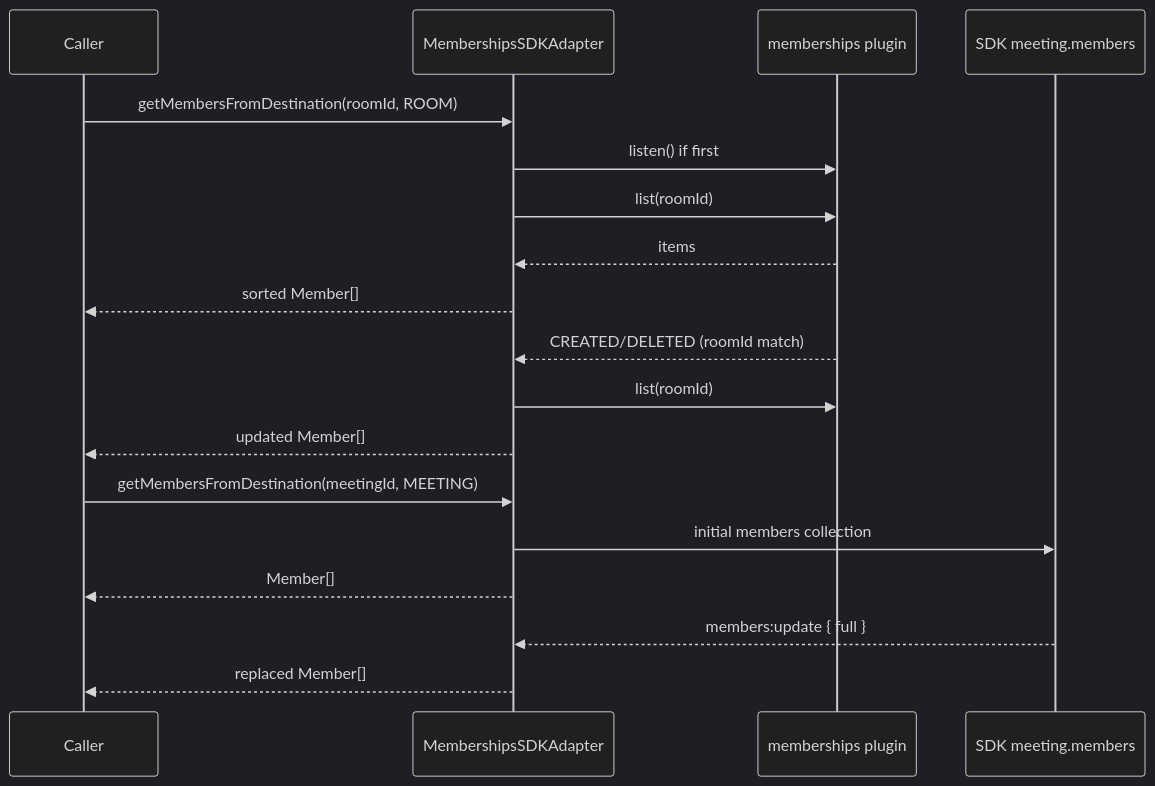
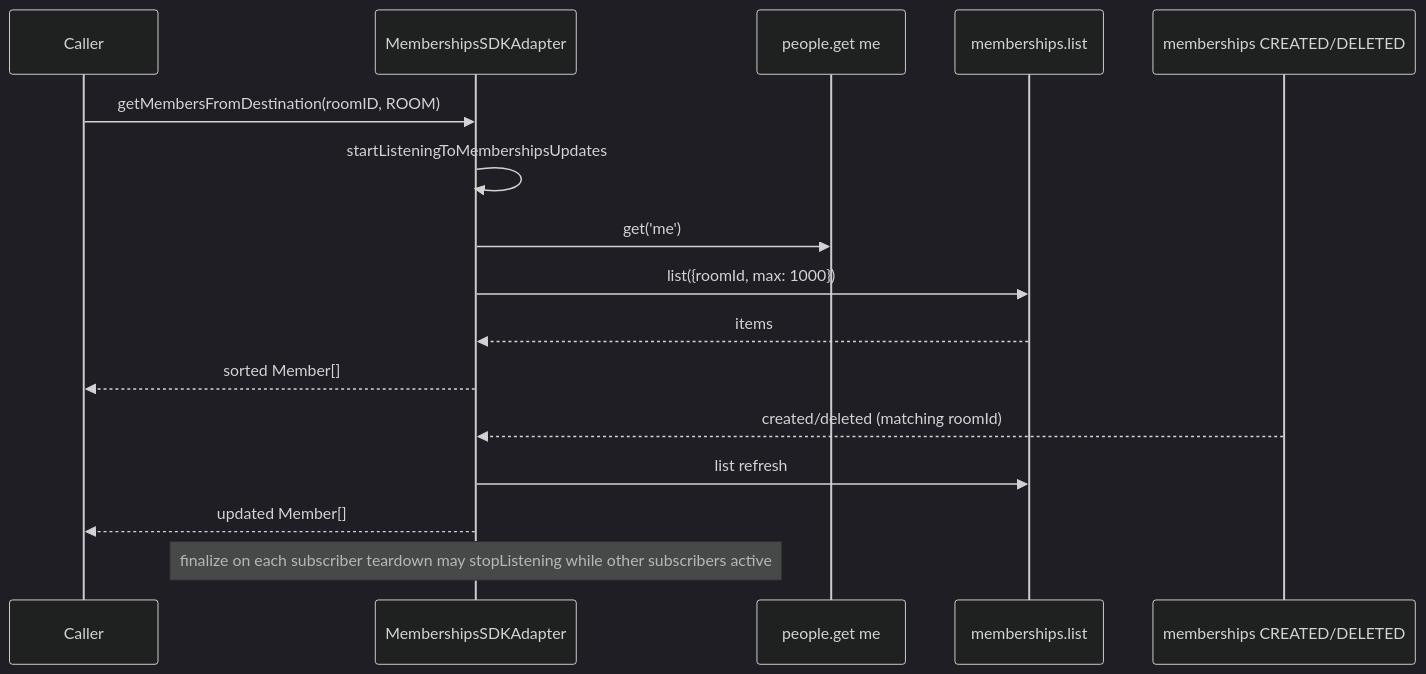
The second of 5 diagrams in src/ai-docs/memberships-sdk-adapter-spec.md (webex/sdk-component-adapter), drawn with Mermaid (dark theme) before and after one commit. The commit also changed other lines of this file and 13 other files, not shown here.

````diff
--- a/src/ai-docs/memberships-sdk-adapter-spec.md
+++ b/src/ai-docs/memberships-sdk-adapter-spec.md
@@ -124,22 +121,19 @@
 ```mermaid
 sequenceDiagram
   participant Caller
   participant Adapter as MembershipsSDKAdapter
-  participant MemPlugin as memberships plugin
-  participant Meeting as SDK meeting.members
+  participant People as people.get me
+  participant Mem as memberships.list
+  participant Events as memberships CREATED/DELETED
 
-  Caller->>Adapter: getMembersFromDestination(roomId, ROOM)
-  Adapter->>MemPlugin: listen() if first
-  Adapter->>MemPlugin: list(roomId)
-  MemPlugin-->>Adapter: items
+  Caller->>Adapter: getMembersFromDestination(roomID, ROOM)
+  Adapter->>Adapter: startListeningToMembershipsUpdates
+  Adapter->>People: get('me')
+  Adapter->>Mem: list({roomId, max: 1000})
+  Mem-->>Adapter: items
   Adapter-->>Caller: sorted Member[]
-  MemPlugin-->>Adapter: CREATED/DELETED (roomId match)
-  Adapter->>MemPlugin: list(roomId)
+  Events-->>Adapter: created/deleted (matching roomId)
+  Adapter->>Mem: list refresh
   Adapter-->>Caller: updated Member[]
-
-  Caller->>Adapter: getMembersFromDestination(meetingId, MEETING)
-  Adapter->>Meeting: initial members collection
-  Adapter-->>Caller: Member[]
-  Meeting-->>Adapter: members:update { full }
-  Adapter-->>Caller: replaced Member[]
+  Note over Adapter: finalize on each subscriber teardown may stopListening while other subscribers active
 ```
````
